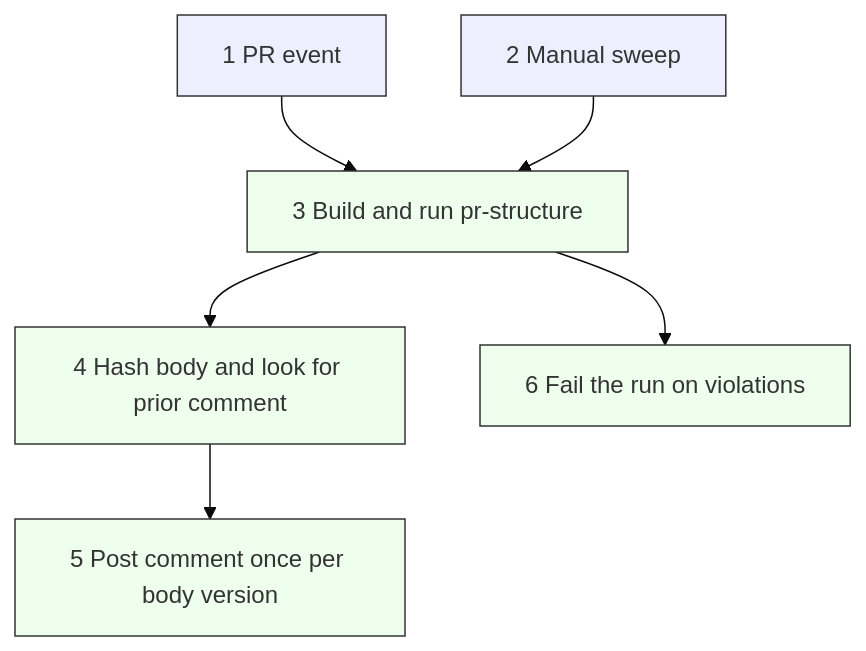
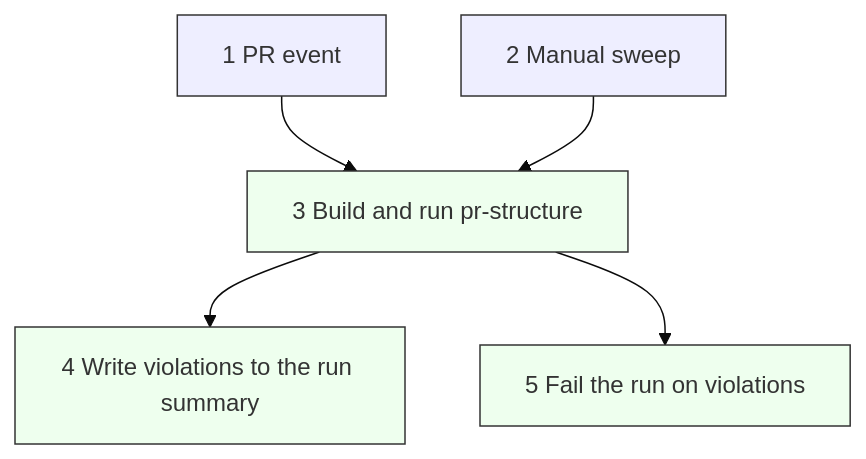
Before and after one commit to may-journal/fitness-runner: the second of 2 diagrams in .github/workflows/README.md, drawn with Mermaid (base theme). The commit also changed other lines of this file and 2 other files, not shown here.

First line of the commit message:
refactor(pr-check): fail as a status check with a summary, not a comment

````diff
--- a/.github/workflows/README.md
+++ b/.github/workflows/README.md
@@ -53,16 +53,14 @@
 ```mermaid
 flowchart TD
     A[1 PR event]:::trigger
     B[2 Manual sweep]:::trigger
     C[3 Build and run pr-structure]:::step
-    D[4 Hash body and look for prior comment]:::step
-    E[5 Post comment once per body version]:::step
-    F[6 Fail the run on violations]:::step
+    D[4 Write violations to the run summary]:::step
+    E[5 Fail the run on violations]:::step
     A --> C
     B --> C
     C --> D
-    D --> E
-    C --> F
+    C --> E
     classDef trigger fill:#eef,stroke:#333
     classDef step fill:#efe,stroke:#333
 ```
````
